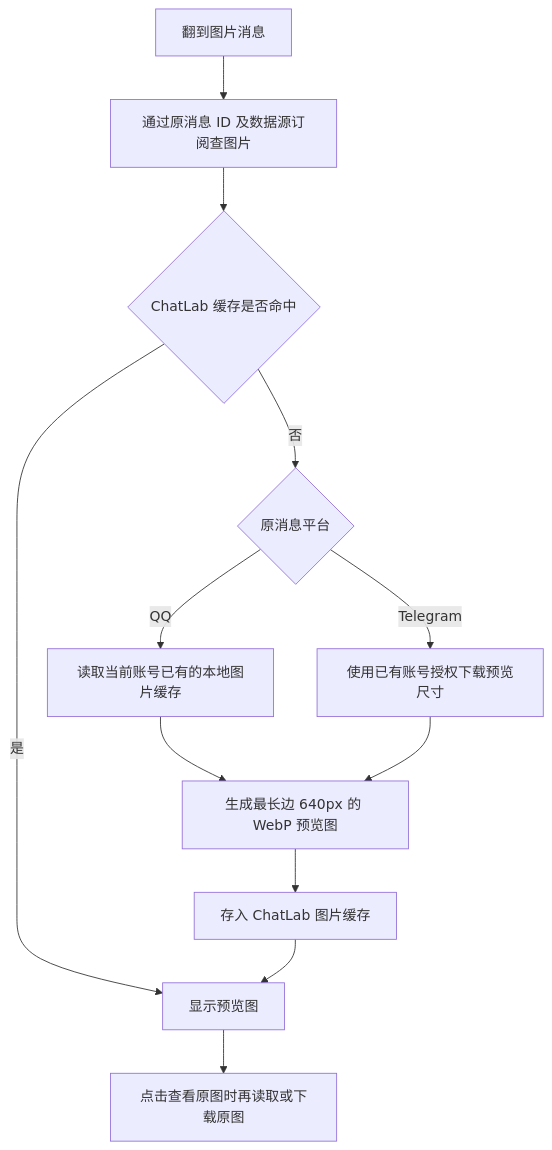
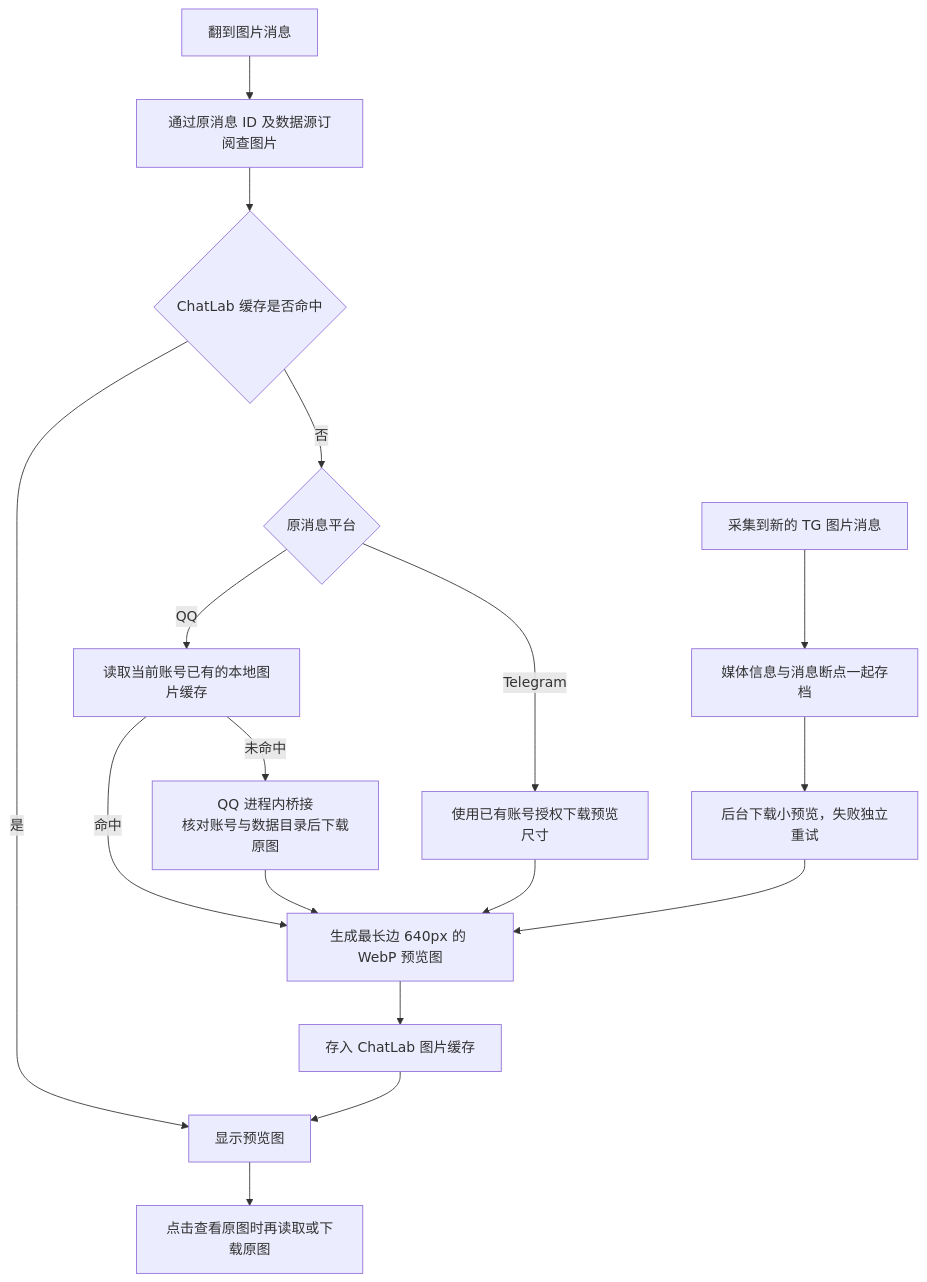
One commit to bufferducky/ChatLab changed the diagram in integrations/IMAGE_MEDIA.md. Above: the diagram before and after it, drawn with Mermaid. The commit also changed other lines of this file and 27 other files, not shown here.

````diff
--- a/integrations/IMAGE_MEDIA.md
+++ b/integrations/IMAGE_MEDIA.md
@@ -5,14 +7,19 @@
 ```mermaid
 flowchart TD
     U["翻到图片消息"] --> M["通过原消息 ID 及数据源订阅查图片"]
     M --> C{"ChatLab 缓存是否命中"}
     C -->|是| P["显示预览图"]
     C -->|否| S{"原消息平台"}
     S -->|QQ| Q["读取当前账号已有的本地图片缓存"]
+    Q -->|命中| W["生成最长边 640px 的 WebP 预览图"]
+    Q -->|未命中| B["QQ 进程内桥接<br/>核对账号与数据目录后下载原图"]
+    B --> W
     S -->|Telegram| T["使用已有账号授权下载预览尺寸"]
-    Q --> W["生成最长边 640px 的 WebP 预览图"]
     T --> W
     W --> D["存入 ChatLab 图片缓存"]
     D --> P
     P --> O["点击查看原图时再读取或下载原图"]
+    N["采集到新的 TG 图片消息"] --> R["媒体信息与消息断点一起存档"]
+    R --> F["后台下载小预览，失败独立重试"]
+    F --> W
 ```
````
